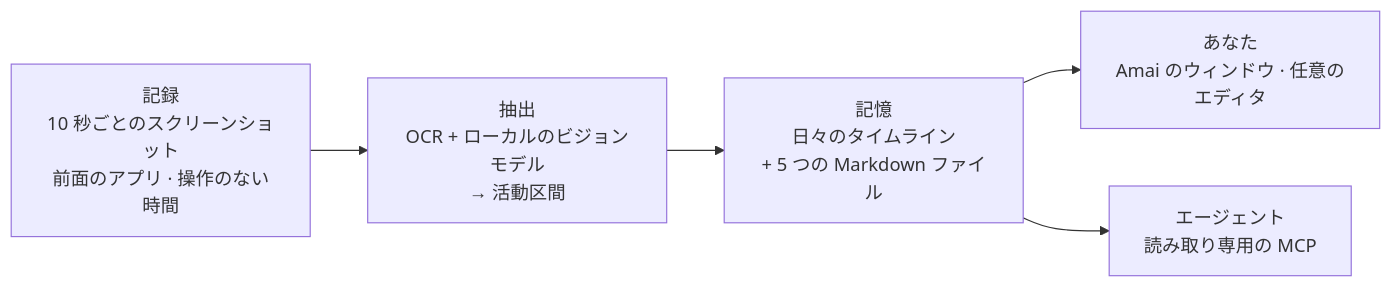
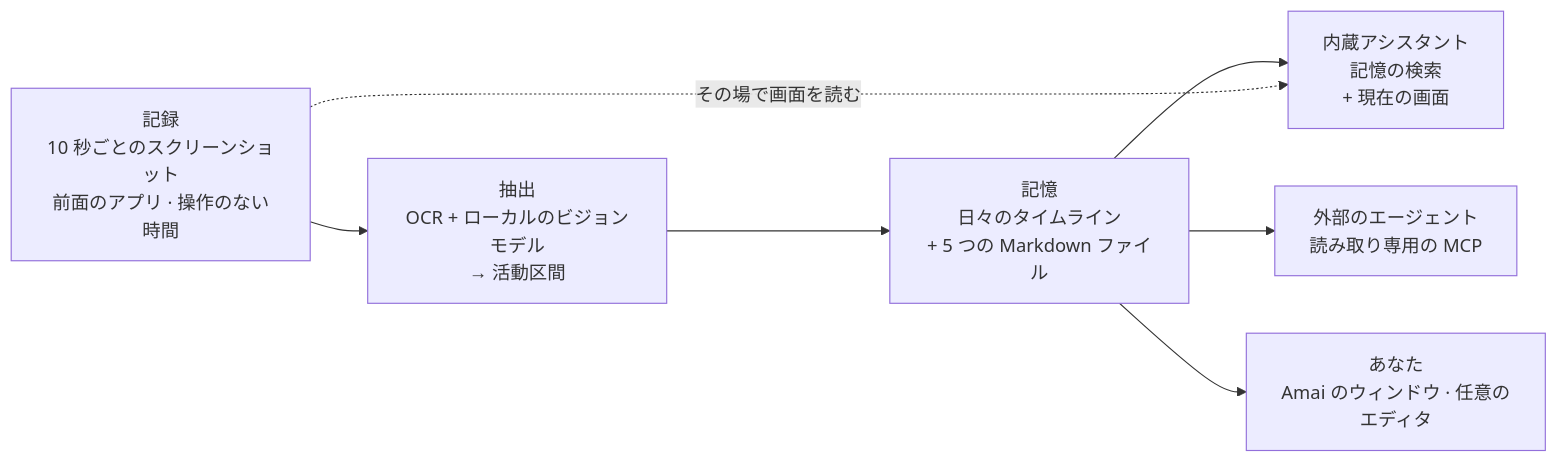
The diagram in README.ja.md (Penrose0v0/Amai), drawn with Mermaid before and after one commit. The commit also changed other lines of this file and 3 other files, not shown here.

````diff
--- a/README.ja.md
+++ b/README.ja.md
@@ -117,7 +136,9 @@
 ```mermaid
 flowchart LR
     A["記録<br/>10 秒ごとのスクリーンショット<br/>前面のアプリ · 操作のない時間"] --> B["抽出<br/>OCR + ローカルのビジョンモデル<br/>→ 活動区間"]
     B --> C["記憶<br/>日々のタイムライン<br/>+ 5 つの Markdown ファイル"]
-    C --> D["あなた<br/>Amai のウィンドウ · 任意のエディタ"]
-    C --> E["エージェント<br/>読み取り専用の MCP"]
+    C --> D["内蔵アシスタント<br/>記憶の検索<br/>+ 現在の画面"]
+    C --> E["外部のエージェント<br/>読み取り専用の MCP"]
+    C --> F["あなた<br/>Amai のウィンドウ · 任意のエディタ"]
+    A -. "その場で画面を読む" .-> D
 ```
````
